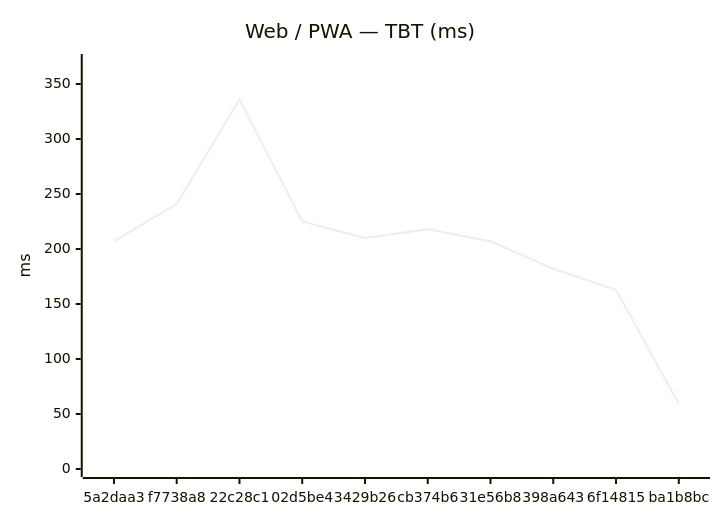
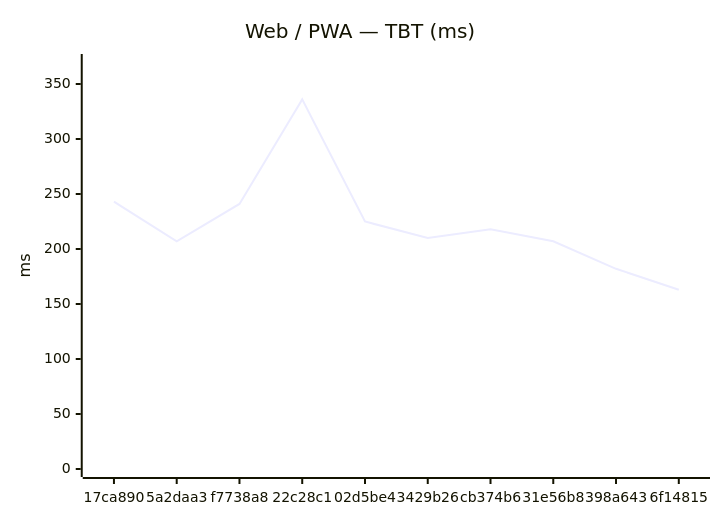
Before and after one commit to Metaheurist/Rianell: the second of 18 diagrams in benchmarks/compare.md, drawn with Mermaid. The commit also changed other lines of this file and 11 other files, not shown here.

````diff
--- a/benchmarks/compare.md
+++ b/benchmarks/compare.md
@@ -31,7 +31,7 @@
 ```mermaid
 xychart-beta
     title "Web / PWA — TBT (ms)"
-    x-axis ["5a2daa3", "f7738a8", "22c28c1", "02d5be4", "3429b26", "cb374b6", "31e56b8", "398a643", "6f14815", "ba1b8bc"]
+    x-axis ["17ca890", "5a2daa3", "f7738a8", "22c28c1", "02d5be4", "3429b26", "cb374b6", "31e56b8", "398a643", "6f14815"]
     y-axis "ms" 0 --> 370
-    line [207, 241, 336, 225, 210, 218, 207, 182, 163, 59]
+    line [243, 207, 241, 336, 225, 210, 218, 207, 182, 163]
 ```
````
